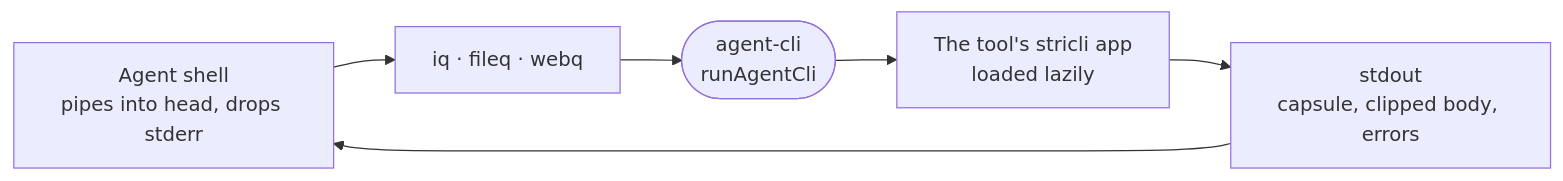
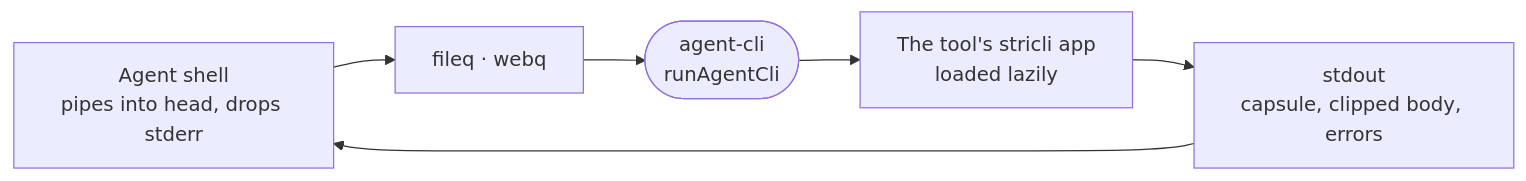
One commit to intentic/intentic changed the diagram in _tools/agent-cli/README.md. Above: the diagram before and after it, drawn with Mermaid. The commit also changed other lines of this file and 560 other files, not shown here.

````diff
--- a/_tools/agent-cli/README.md
+++ b/_tools/agent-cli/README.md
@@ -5,8 +5,8 @@
 ```mermaid
 flowchart LR
-    agent["Agent shell<br/>pipes into head, drops stderr"] --> bin["iq · fileq · webq"]
+    agent["Agent shell<br/>pipes into head, drops stderr"] --> bin["fileq · webq"]
     bin --> run(["agent-cli<br/>runAgentCli"])
     run --> app["The tool's stricli app<br/>loaded lazily"]
     app --> out["stdout<br/>capsule, clipped body, errors"]
     out --> agent
 ```
````
